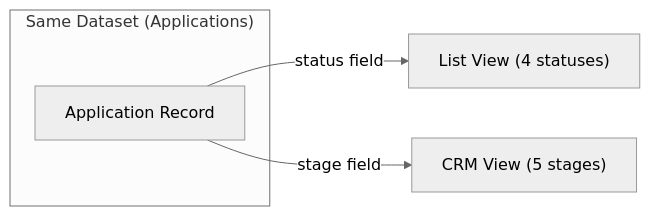
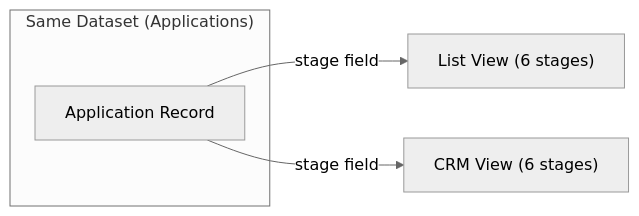
The second of 2 diagrams in applications_module_functional_spec.md (saodatm-dev/List-Section---Owner-side), drawn with Mermaid (neutral theme) before and after one commit. The commit also changed other lines of this file, not shown here.

Commit message:
docs: update functional spec v2.0  unified 6-stage pipeline model

````diff
--- a/applications_module_functional_spec.md
+++ b/applications_module_functional_spec.md
@@ -271,9 +267,9 @@
 ```mermaid
 graph LR
     subgraph A["Same Dataset (Applications)"]
         APP["Application Record"]
     end
     
-    APP -->|"status field"| LV["List View (4 statuses)"]
-    APP -->|"stage field"| CRM["CRM View (5 stages)"]
+    APP -->|"stage field"| LV["List View (6 stages)"]
+    APP -->|"stage field"| CRM["CRM View (6 stages)"]
 ```
````
